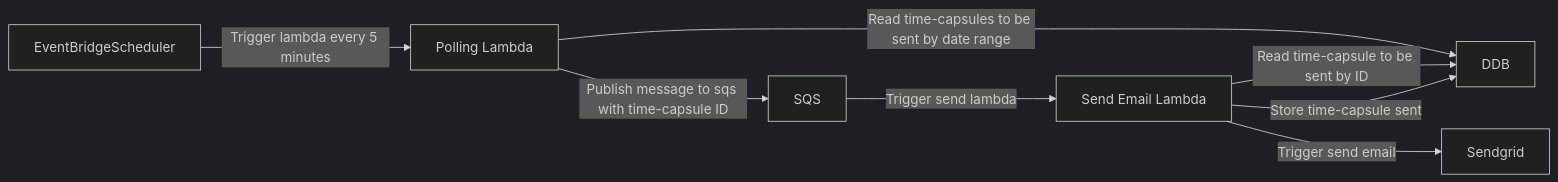
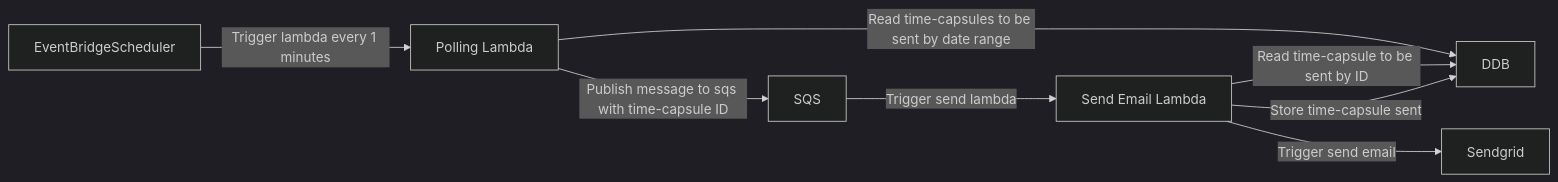
One commit to GautierBlandin/time-capsule changed the third of 3 diagrams in docs/specifications.md. Above: the diagram before and after it, drawn with Mermaid (dark theme).

Commit message:
docs: fix discrepancy in polling intervals

````diff
--- a/docs/specifications.md
+++ b/docs/specifications.md
@@ -42,10 +42,10 @@
 ```mermaid
 flowchart LR
-    EventBridgeScheduler --Trigger lambda every 5 minutes-->Lambda1
+    EventBridgeScheduler --Trigger lambda every 1 minutes-->Lambda1
     Lambda1[Polling Lambda] --Read time-capsules to be sent by date range--> DDB
     Lambda1 --Publish message to sqs with time-capsule ID--> SQS
     SQS --Trigger send lambda--> Lambda2
     Lambda2[Send Email Lambda] --Read time-capsule to be sent by ID--> DDB
     Lambda2 --Trigger send email--> Sendgrid[Sendgrid]
     Lambda2 --Store time-capsule sent--> DDB
 ```
````
